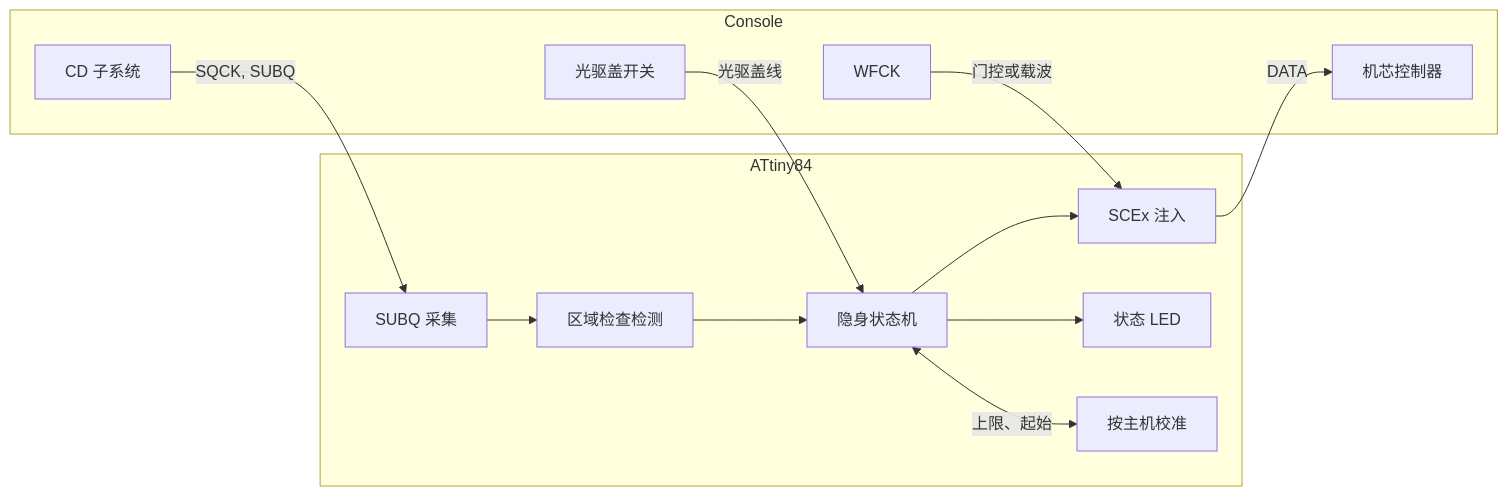
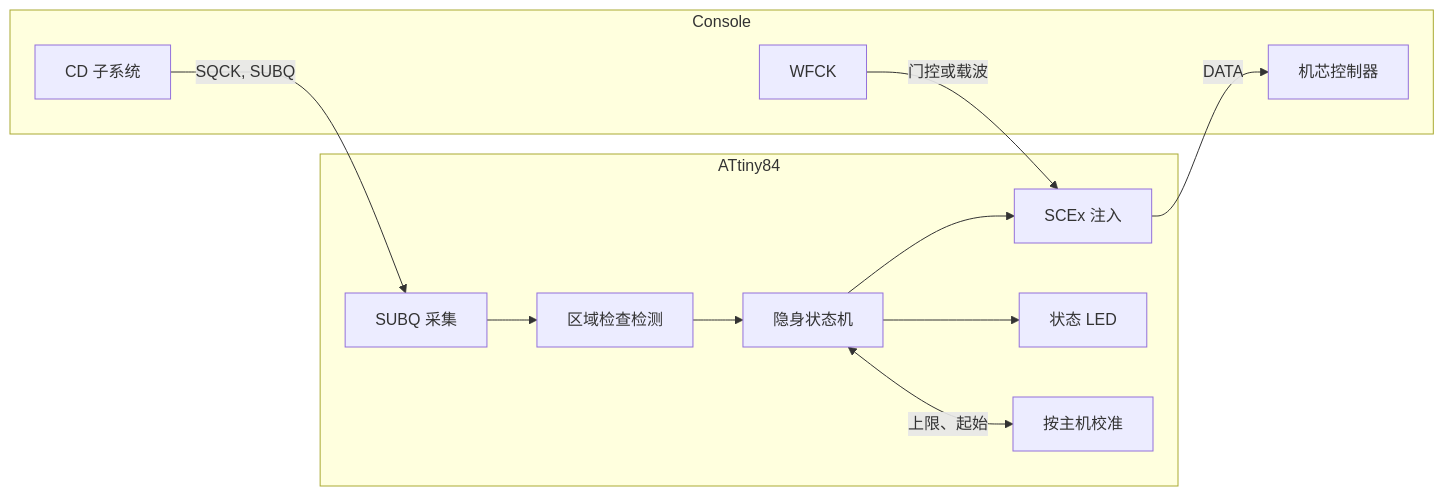
One commit to gufranco/openscex-modchip changed the diagram in README.zh.md. Above: the diagram before and after it, drawn with Mermaid. The commit also changed other lines of this file and 3 other files, not shown here.

````diff
--- a/README.zh.md
+++ b/README.zh.md
@@ -46,24 +46,22 @@
 ```mermaid
 graph LR
     subgraph Console
         CD[CD 子系统]
-        LID[光驱盖开关]
         WF[WFCK]
         MECH[机芯控制器]
     end
     subgraph ATtiny84
         CAP[SUBQ 采集]
         DET[区域检查检测]
         ST[隐身状态机]
         INJ[SCEx 注入]
         LED[状态 LED]
         CAL[按主机校准]
     end
     CD -->|SQCK, SUBQ| CAP
     CAP --> DET --> ST --> INJ
     ST --> LED
     ST <-->|上限、起始| CAL
-    LID -->|光驱盖线| ST
     WF -->|门控或载波| INJ
     INJ -->|DATA| MECH
 ```
````
